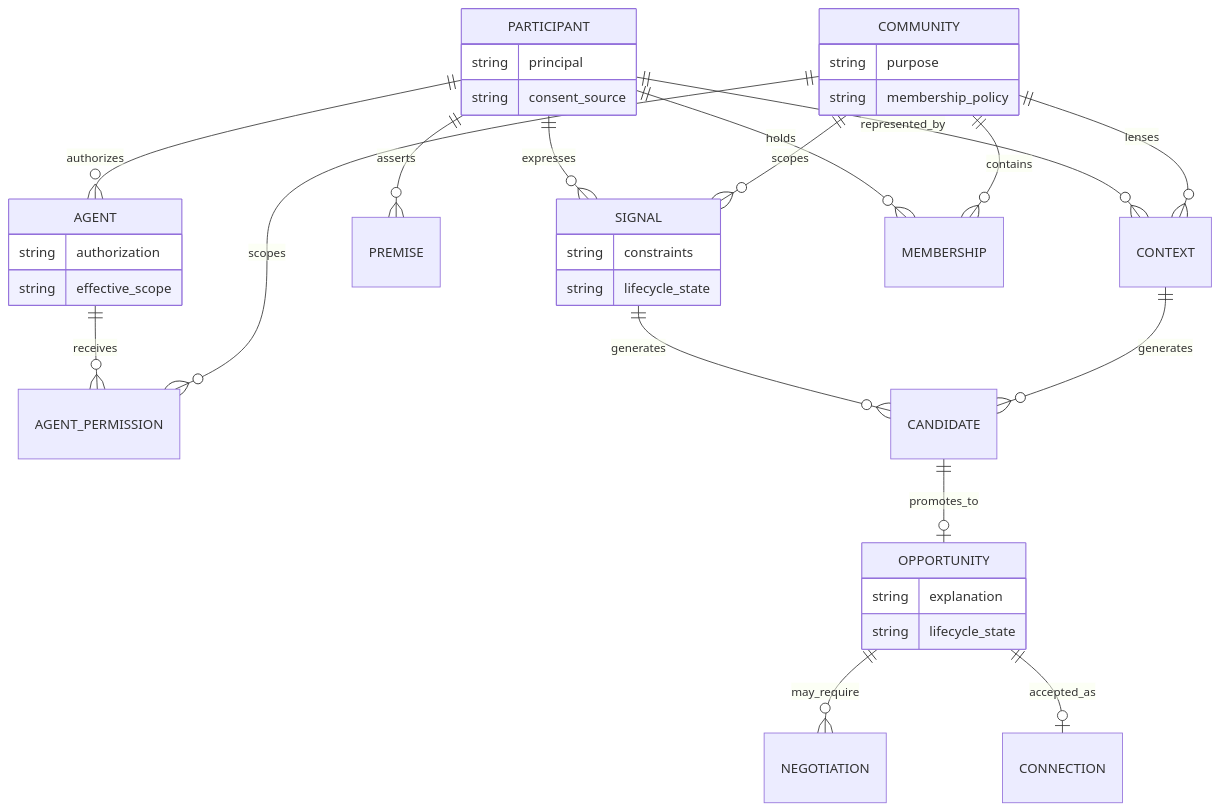
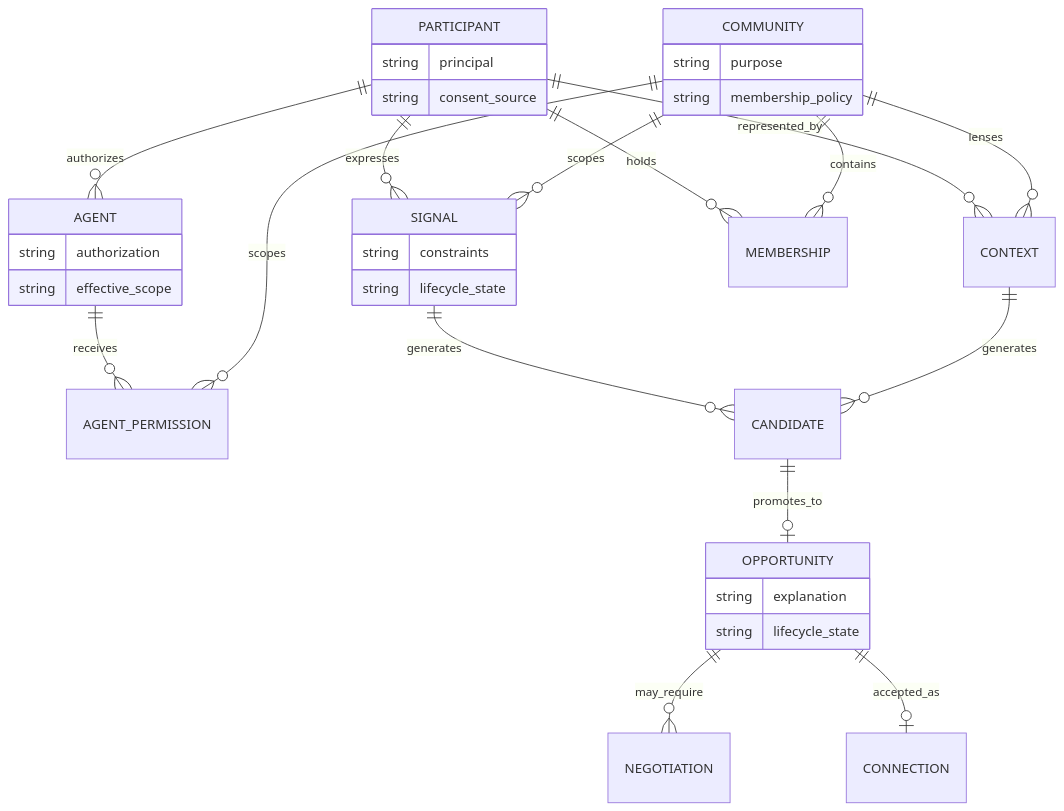
The second of 6 diagrams in packages/protocol/README.md (indexnetwork/index), drawn with Mermaid before and after one commit. The commit also changed other lines of this file and 6 other files, not shown here.

````diff
--- a/packages/protocol/README.md
+++ b/packages/protocol/README.md
@@ -90,39 +88,38 @@
 ```mermaid
 erDiagram
     PARTICIPANT ||--o{ AGENT : authorizes
     PARTICIPANT ||--o{ SIGNAL : expresses
-    PARTICIPANT ||--o{ PREMISE : asserts
     PARTICIPANT ||--o{ CONTEXT : represented_by
     PARTICIPANT ||--o{ MEMBERSHIP : holds
     AGENT ||--o{ AGENT_PERMISSION : receives
     COMMUNITY ||--o{ MEMBERSHIP : contains
     COMMUNITY ||--o{ AGENT_PERMISSION : scopes
     COMMUNITY ||--o{ SIGNAL : scopes
     COMMUNITY ||--o{ CONTEXT : lenses
     SIGNAL ||--o{ CANDIDATE : generates
     CONTEXT ||--o{ CANDIDATE : generates
     CANDIDATE ||--o| OPPORTUNITY : promotes_to
     OPPORTUNITY ||--o{ NEGOTIATION : may_require
     OPPORTUNITY ||--o| CONNECTION : accepted_as
 
     PARTICIPANT {
       string principal
       string consent_source
     }
     AGENT {
       string authorization
       string effective_scope
     }
     COMMUNITY {
       string purpose
       string membership_policy
     }
     SIGNAL {
       string constraints
       string lifecycle_state
     }
     OPPORTUNITY {
       string explanation
       string lifecycle_state
     }
 ```
````
